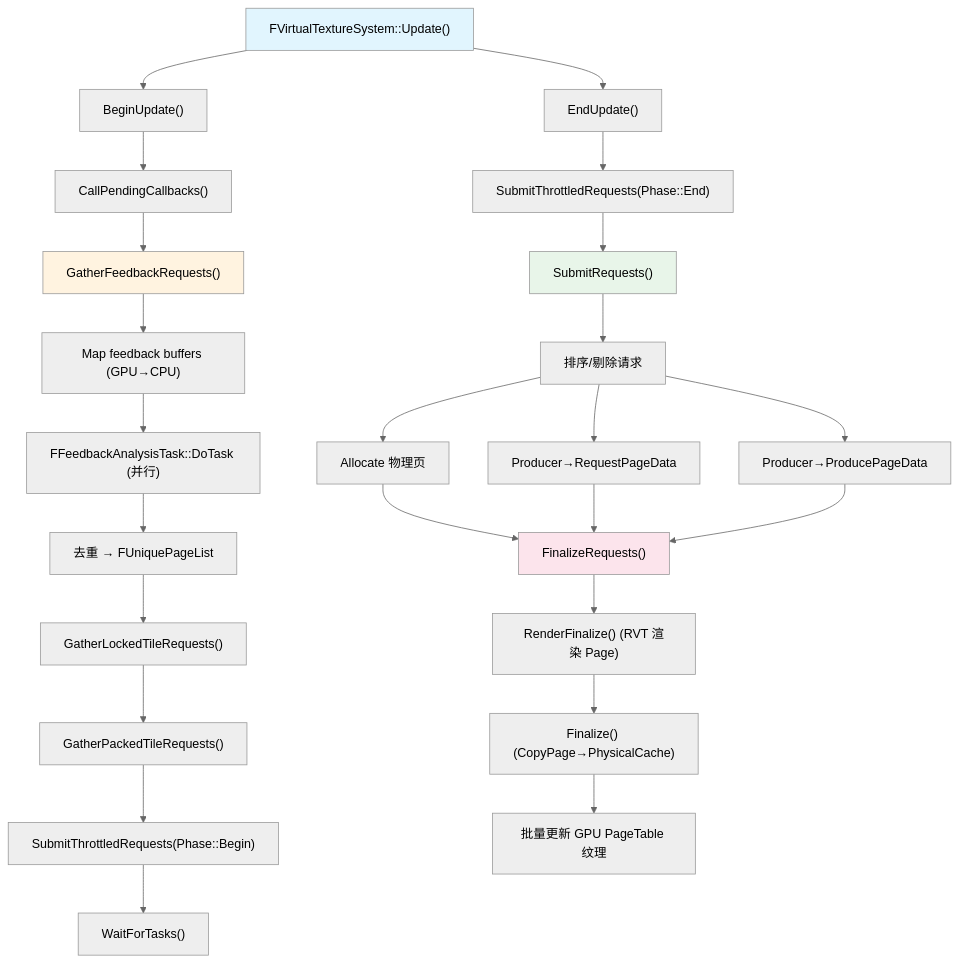
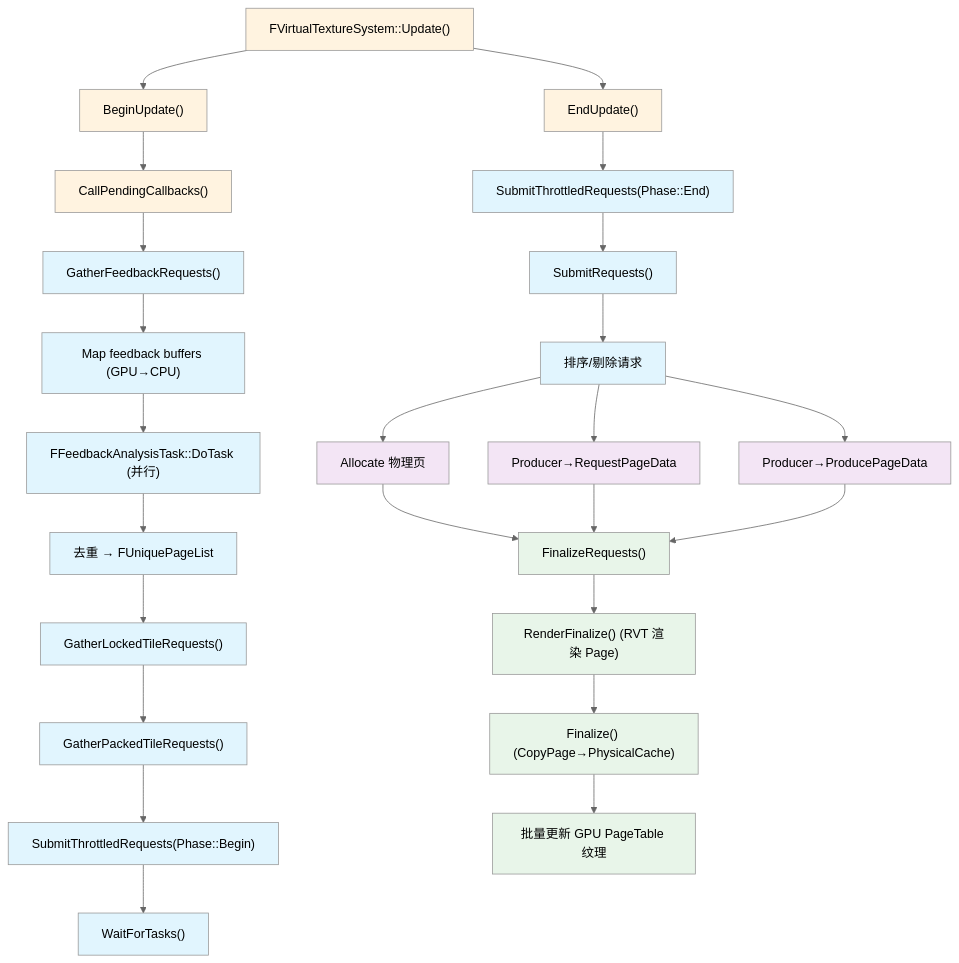
The second of 21 diagrams in content/posts/UE5_Virtual_Texture_与_Runtime_Virtual_Texture_源码级全流程解析.md (mr0ptimist/mroptimist.github.io), drawn with Mermaid (neutral theme) before and after one commit. The commit also changed other lines of this file and 2 other files, not shown here.

First line of the commit message:
Mermaid 图表 Dark Reader 兼容：所有 flowchart 加 classDef 配色 + 文字强制黑色

````diff
--- a/content/posts/UE5_Virtual_Texture_与_Runtime_Virtual_Texture_源码级全流程解析.md
+++ b/content/posts/UE5_Virtual_Texture_与_Runtime_Virtual_Texture_源码级全流程解析.md
@@ -153,32 +153,39 @@
 ```mermaid
 flowchart TD
     A["FVirtualTextureSystem::Update()"] --> B["BeginUpdate()"]
     B --> C["CallPendingCallbacks()"]
     C --> D["GatherFeedbackRequests()"]
     D --> D1["Map feedback buffers (GPU→CPU)"]
     D1 --> D2["FFeedbackAnalysisTask::DoTask (并行)"]
     D2 --> D3["去重 → FUniquePageList"]
     D3 --> E["GatherLockedTileRequests()"]
     E --> F["GatherPackedTileRequests()"]
     F --> G["SubmitThrottledRequests(Phase::Begin)"]
     G --> H["WaitForTasks()"]
 
     A --> I["EndUpdate()"]
     I --> J["SubmitThrottledRequests(Phase::End)"]
     J --> K["SubmitRequests()"]
     K --> K1["排序/剔除请求"]
     K1 --> K2["Allocate 物理页"]
     K1 --> K3["Producer→RequestPageData"]
     K1 --> K4["Producer→ProducePageData"]
     K2 --> L["FinalizeRequests()"]
     K3 --> L
     K4 --> L
     L --> L1["RenderFinalize() (RVT 渲染 Page)"]
     L1 --> L2["Finalize() (CopyPage→PhysicalCache)"]
     L2 --> L3["批量更新 GPU PageTable 纹理"]
 
-    style A fill:#e1f5fe
-    style D fill:#fff3e0
-    style K fill:#e8f5e9
-    style L fill:#fce4ec
+    classDef proc fill:#e1f5fe,color:#000
+    classDef dec fill:#fff9c4,color:#000
+    classDef data fill:#fff3e0,color:#000
+    classDef ok fill:#e8f5e9,color:#000
+    classDef out fill:#f3e5f5,color:#000
+    class A,B,C,I data
+    class D,D1,D2,D3 proc
+    class E,F,G,H proc
+    class J,K,K1 proc
+    class K2,K3,K4 out
+    class L,L1,L2,L3 ok
 ```
````
